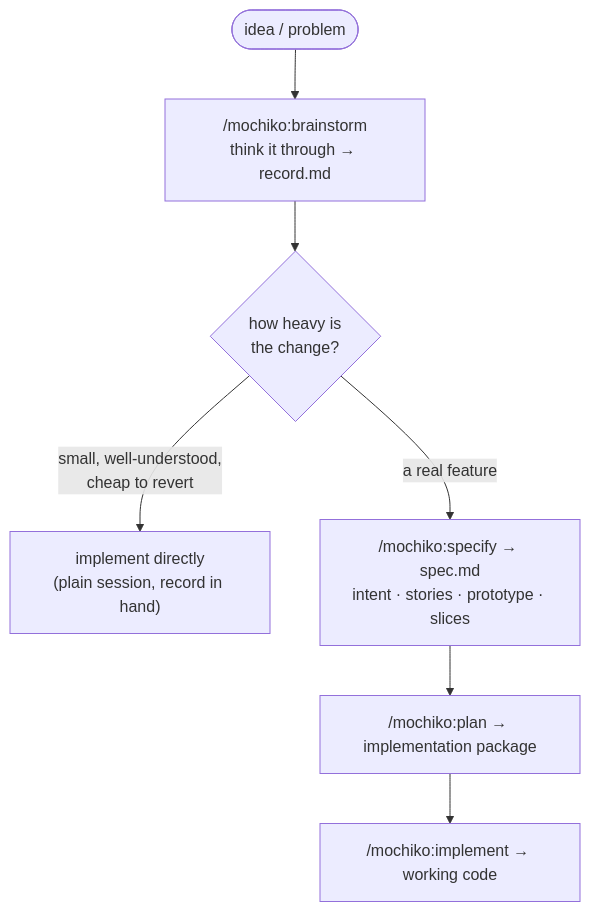
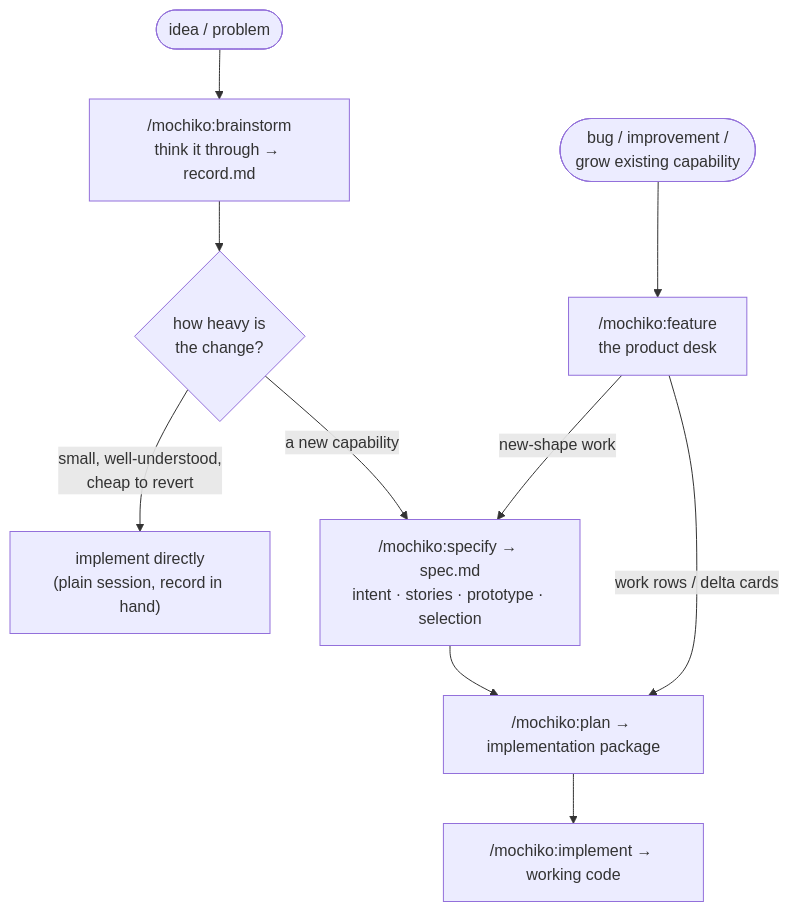
One commit to humaninloop-dev/mochiko changed the first of 3 diagrams in README.md. Above: the diagram before and after it, drawn with Mermaid. The commit also changed other lines of this file, not shown here.

````diff
--- a/README.md
+++ b/README.md
@@ -20,9 +24,12 @@
 ```mermaid
 flowchart TD
     idea(["idea / problem"]) --> bs["/mochiko:brainstorm<br/>think it through → record.md"]
+    demand(["bug / improvement /<br/>grow existing capability"]) --> desk["/mochiko:feature<br/>the product desk"]
     bs --> gate{"how heavy is<br/>the change?"}
     gate -->|"small, well-understood,<br/>cheap to revert"| direct["implement directly<br/>(plain session, record in hand)"]
-    gate -->|"a real feature"| spec["/mochiko:specify → spec.md<br/>intent · stories · prototype · slices"]
+    gate -->|"a new capability"| spec["/mochiko:specify → spec.md<br/>intent · stories · prototype · selection"]
+    desk -->|"new-shape work"| spec
+    desk -->|"work rows / delta cards"| plan
     spec --> plan["/mochiko:plan → implementation package"]
     plan --> impl["/mochiko:implement → working code"]
 ```
````
